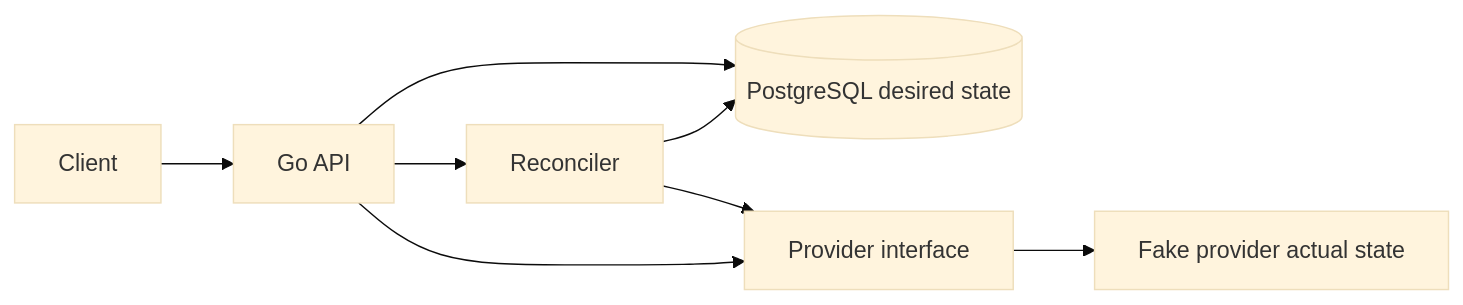
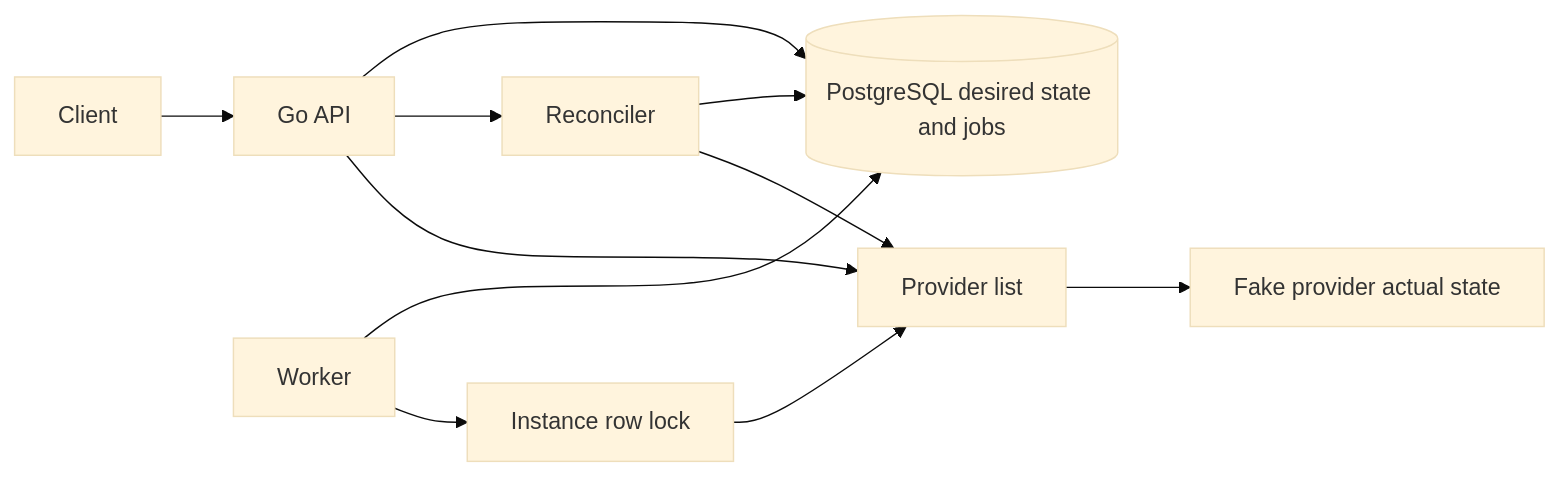
One commit to chrisuzor/fleetpilot changed the diagram in README.md. Above: the diagram before and after it, drawn with Mermaid (base theme). The commit also changed other lines of this file and 18 other files, not shown here.

````diff
--- a/README.md
+++ b/README.md
@@ -11,10 +11,13 @@
 ```mermaid
 flowchart LR
   client[Client] --> api[Go API]
-  api --> db[(PostgreSQL desired state)]
+  api --> db[(PostgreSQL desired state and jobs)]
   api --> rec[Reconciler]
   rec --> db
-  rec --> provider[Provider interface]
+  rec --> provider[Provider list]
+  worker[Worker] --> db
+  worker --> lock[Instance row lock]
+  lock --> provider
   provider --> fake[Fake provider actual state]
   api --> provider
 ```
````
